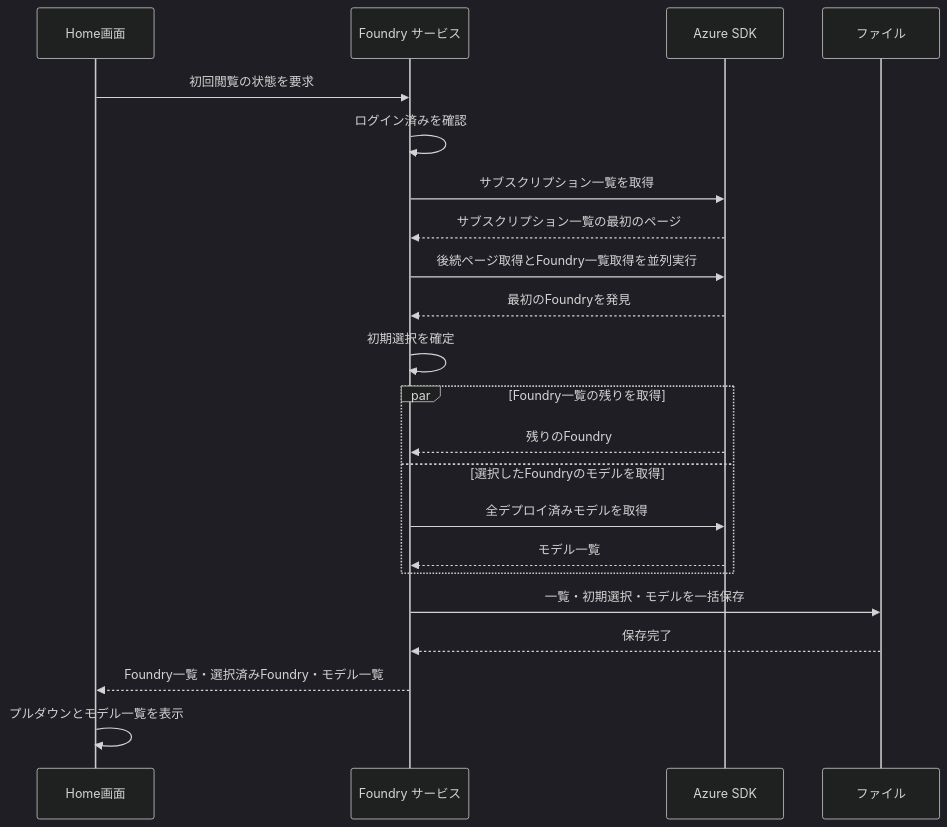
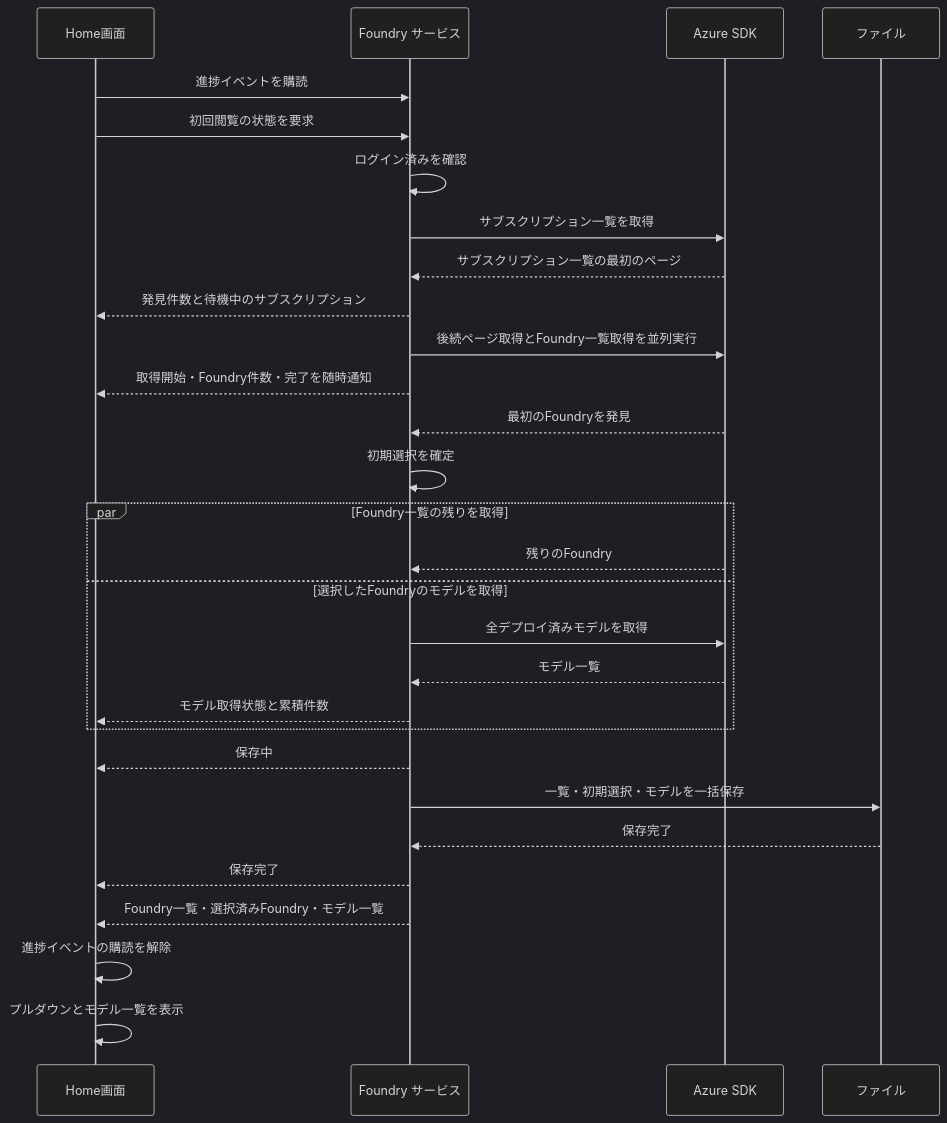
Before and after one commit to nuitsjp/azfoundry-deck: the fourth of 4 diagrams in docs/design/UCP-1.md, drawn with Mermaid (dark theme). The commit also changed other lines of this file and 15 other files, not shown here.

````diff
--- a/docs/design/UCP-1.md
+++ b/docs/design/UCP-1.md
@@ -67,24 +67,31 @@
 ```mermaid
 sequenceDiagram
   participant U as Home画面
   participant S as Foundry サービス
   participant K as Azure SDK
   participant F as ファイル
+  U->>S: 進捗イベントを購読
   U->>S: 初回閲覧の状態を要求
   S->>S: ログイン済みを確認
   S->>K: サブスクリプション一覧を取得
   K-->>S: サブスクリプション一覧の最初のページ
+  S-->>U: 発見件数と待機中のサブスクリプション
   S->>K: 後続ページ取得とFoundry一覧取得を並列実行
+  S-->>U: 取得開始・Foundry件数・完了を随時通知
   K-->>S: 最初のFoundryを発見
   S->>S: 初期選択を確定
   par Foundry一覧の残りを取得
     K-->>S: 残りのFoundry
   and 選択したFoundryのモデルを取得
     S->>K: 全デプロイ済みモデルを取得
     K-->>S: モデル一覧
+    S-->>U: モデル取得状態と累積件数
   end
+  S-->>U: 保存中
   S->>F: 一覧・初期選択・モデルを一括保存
   F-->>S: 保存完了
+  S-->>U: 保存完了
   S-->>U: Foundry一覧・選択済みFoundry・モデル一覧
+  U->>U: 進捗イベントの購読を解除
   U->>U: プルダウンとモデル一覧を表示
 ```
````
